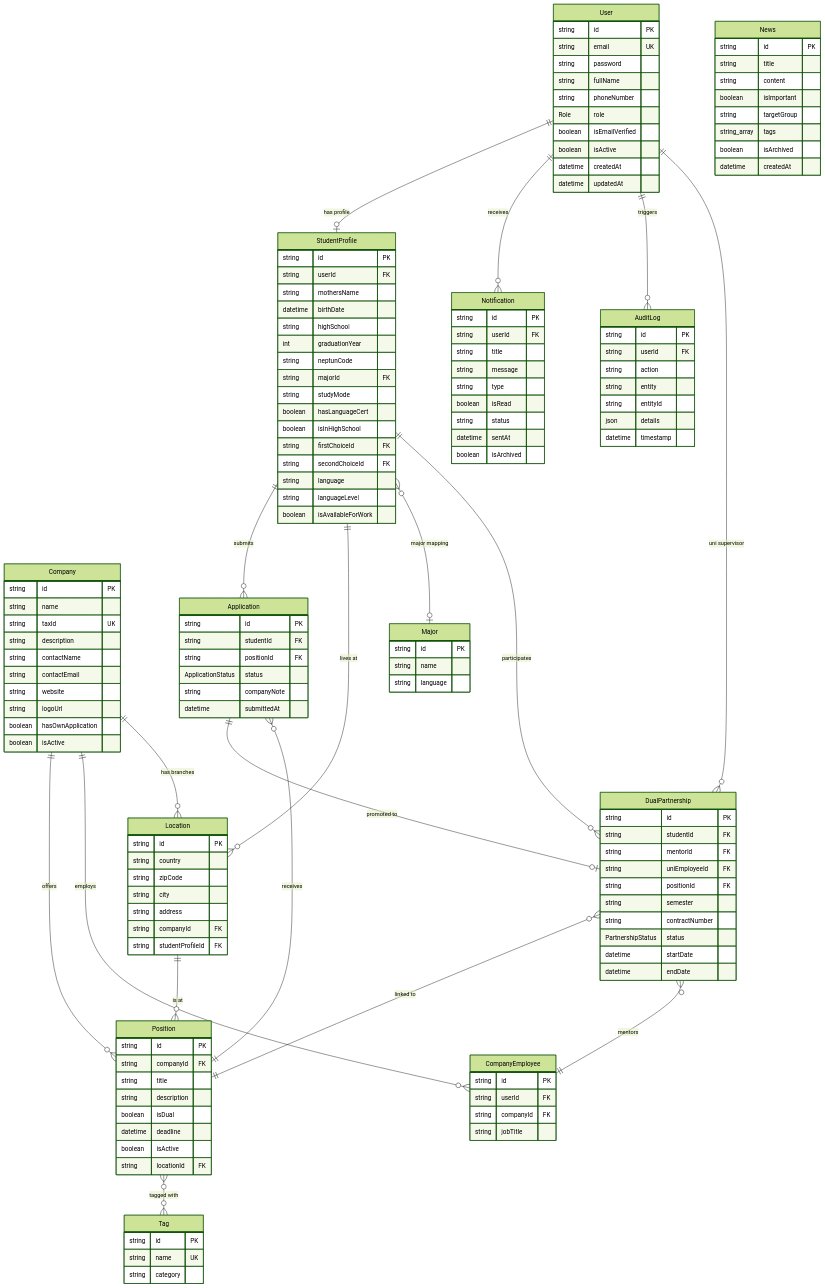
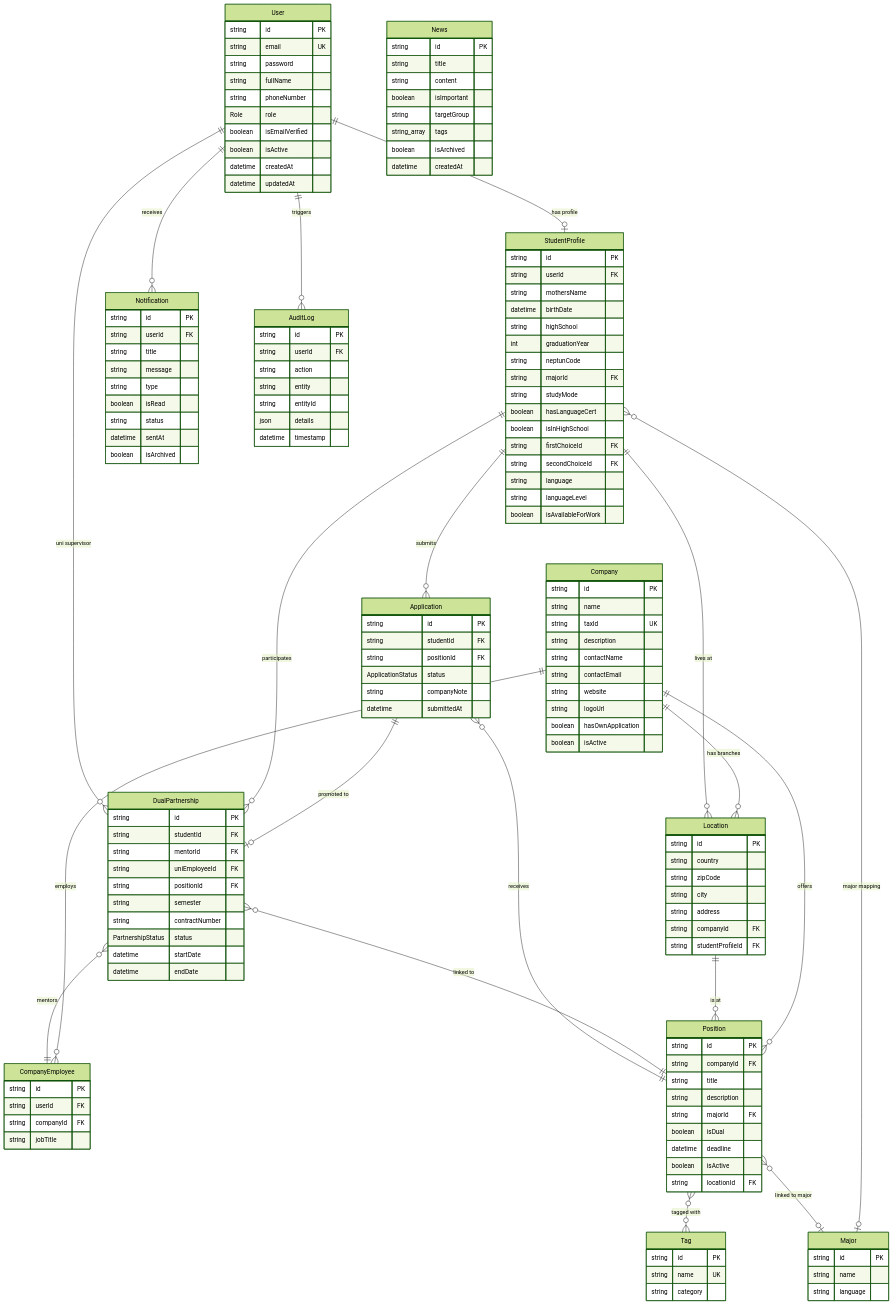
The first of 9 diagrams in README.md (DrozsdikAdam/dual-kepzes-backend), drawn with Mermaid (forest theme) before and after one commit. The commit also changed other lines of this file and 1 other file, not shown here.

````diff
--- a/README.md
+++ b/README.md
@@ -211,6 +211,7 @@
         string companyId FK
         string title
         string description
+        string majorId FK
         boolean isDual
         datetime deadline
         boolean isActive
@@ -301,5 +302,6 @@
     Company ||--o{ Location : "has branches"
     StudentProfile ||--o{ Location : "lives at"
     StudentProfile }o--o| Major : "major mapping"
+    Position }o--o| Major : "linked to major"
     Position }o--o{ Tag : "tagged with"
 ```
````
